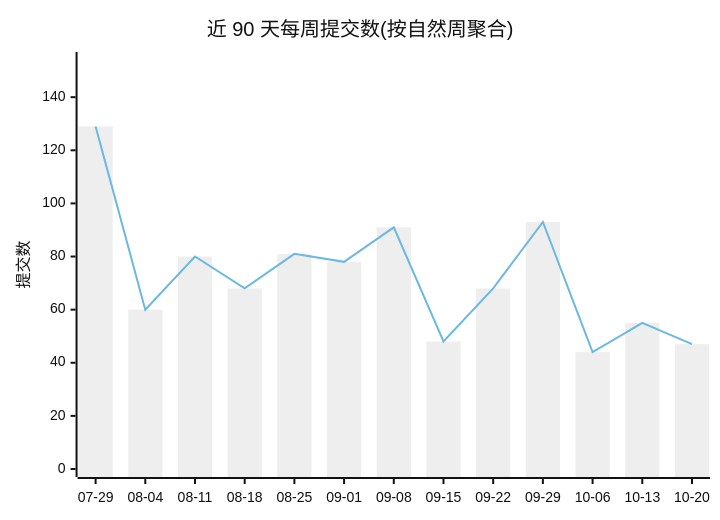
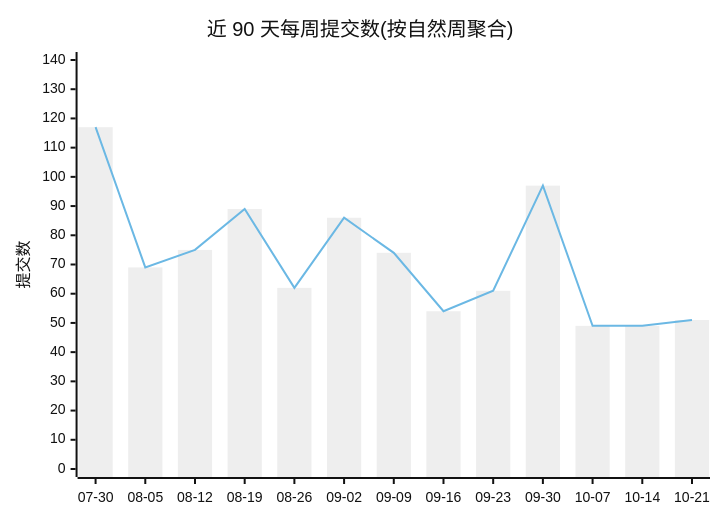
Before and after one commit to Conflux-Union/.github: the first of 2 diagrams in profile/README.md, drawn with Mermaid (neutral theme). The commit also changed other lines of this file and 1 other file, not shown here.

````diff
--- a/profile/README.md
+++ b/profile/README.md
@@ -44,8 +44,8 @@
 ```mermaid
 xychart-beta
     title "近 90 天每周提交数(按自然周聚合)"
-    x-axis ["07-29", "08-04", "08-11", "08-18", "08-25", "09-01", "09-08", "09-15", "09-22", "09-29", "10-06", "10-13", "10-20"]
-    y-axis "提交数" 0 --> 154
-    bar [129, 60, 80, 68, 81, 78, 91, 48, 68, 93, 44, 55, 47]
-    line [129, 60, 80, 68, 81, 78, 91, 48, 68, 93, 44, 55, 47]
+    x-axis ["07-30", "08-05", "08-12", "08-19", "08-26", "09-02", "09-09", "09-16", "09-23", "09-30", "10-07", "10-14", "10-21"]
+    y-axis "提交数" 0 --> 140
+    bar [117, 69, 75, 89, 62, 86, 74, 54, 61, 97, 49, 49, 51]
+    line [117, 69, 75, 89, 62, 86, 74, 54, 61, 97, 49, 49, 51]
 ```
````
